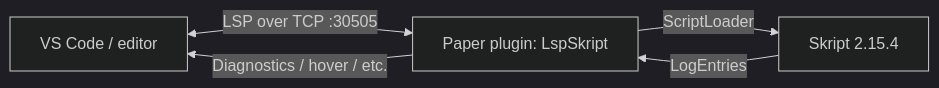
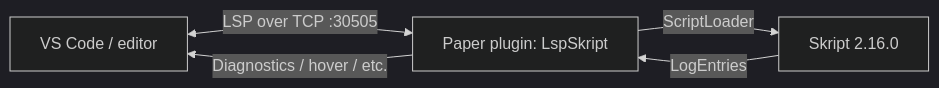
Before and after one commit to RohanDaCoder/LspSkript: the diagram in README.md, drawn with Mermaid (dark theme). The commit also changed other lines of this file and 2 other files, not shown here.

Commit message:
build: bump Skript dependency to 2.16.0

````diff
--- a/README.md
+++ b/README.md
@@ -12,7 +12,7 @@
 ```mermaid
 flowchart LR
     VS[VS Code / editor] <-->|LSP over TCP :30505| PL[Paper plugin: LspSkript]
-    PL -->|ScriptLoader| SK[Skript 2.15.4]
+    PL -->|ScriptLoader| SK[Skript 2.16.0]
     SK -->|LogEntries| PL
     PL -->|Diagnostics / hover / etc.| VS
 ```
````
